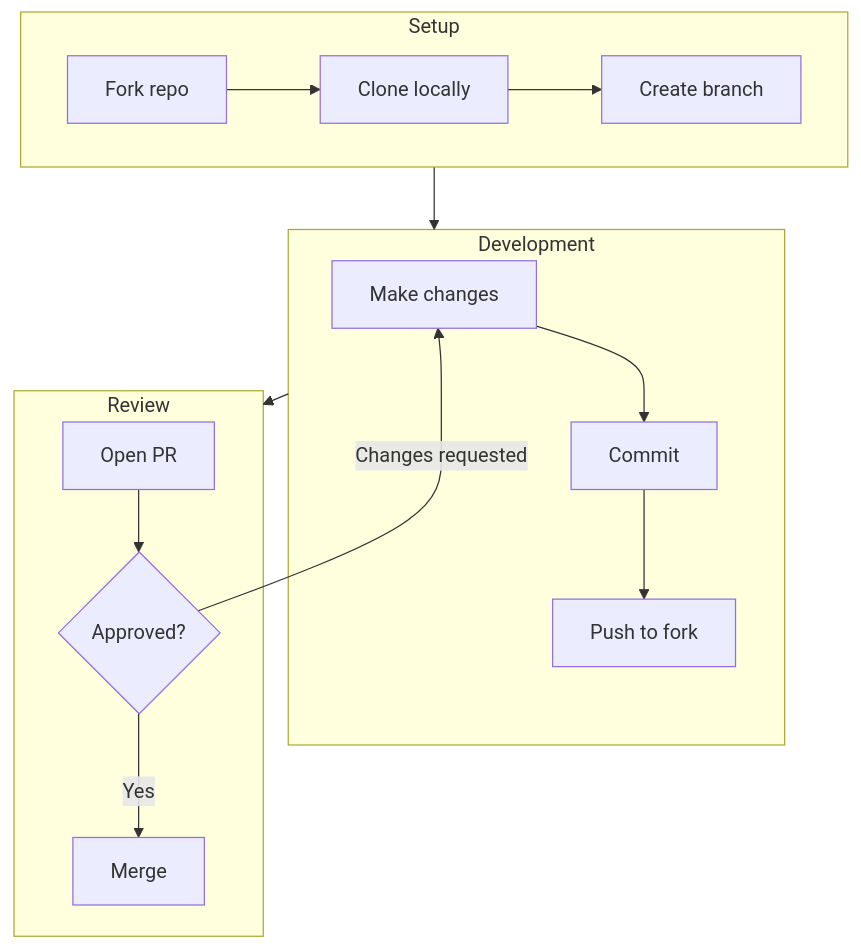
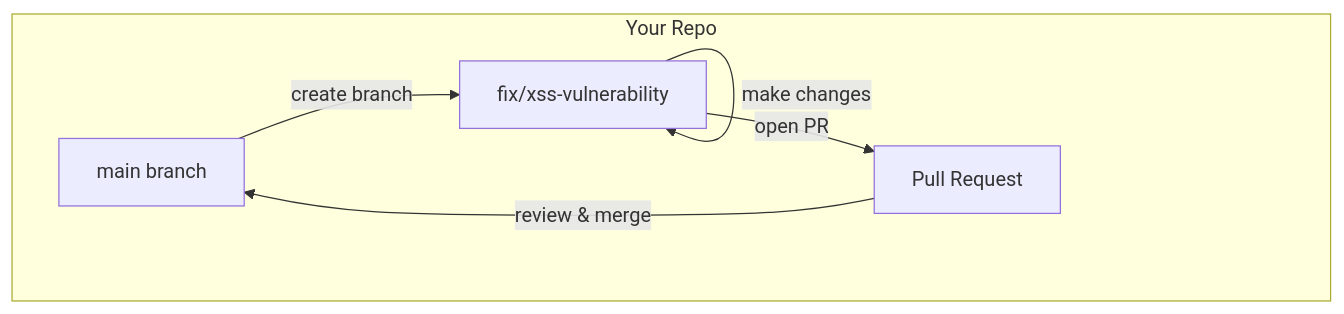
The first of 4 diagrams in docs/tutorials/git-workflow.md (cynthiateeters/security-safari-starter), drawn with Mermaid before and after one commit. The commit also changed other lines of this file and 5 other files, not shown here.

````diff
--- a/docs/tutorials/git-workflow.md
+++ b/docs/tutorials/git-workflow.md
@@ -11,21 +21,9 @@
 ```mermaid
 flowchart TD
-    subgraph Setup
-        A[Fork repo] --> B[Clone locally]
-        B --> C[Create branch]
+    subgraph Your Repo
+        A[main branch] -->|create branch| B[fix/xss-vulnerability]
+        B -->|make changes| B
+        B -->|open PR| C[Pull Request]
+        C -->|review & merge| A
     end
-
-    subgraph Development
-        D[Make changes] --> E[Commit]
-        E --> F[Push to fork]
-    end
-
-    subgraph Review
-        G[Open PR] --> H{Approved?}
-        H -->|Changes requested| D
-        H -->|Yes| I[Merge]
-    end
-
-    Setup --> Development
-    Development --> Review
 ```
````
